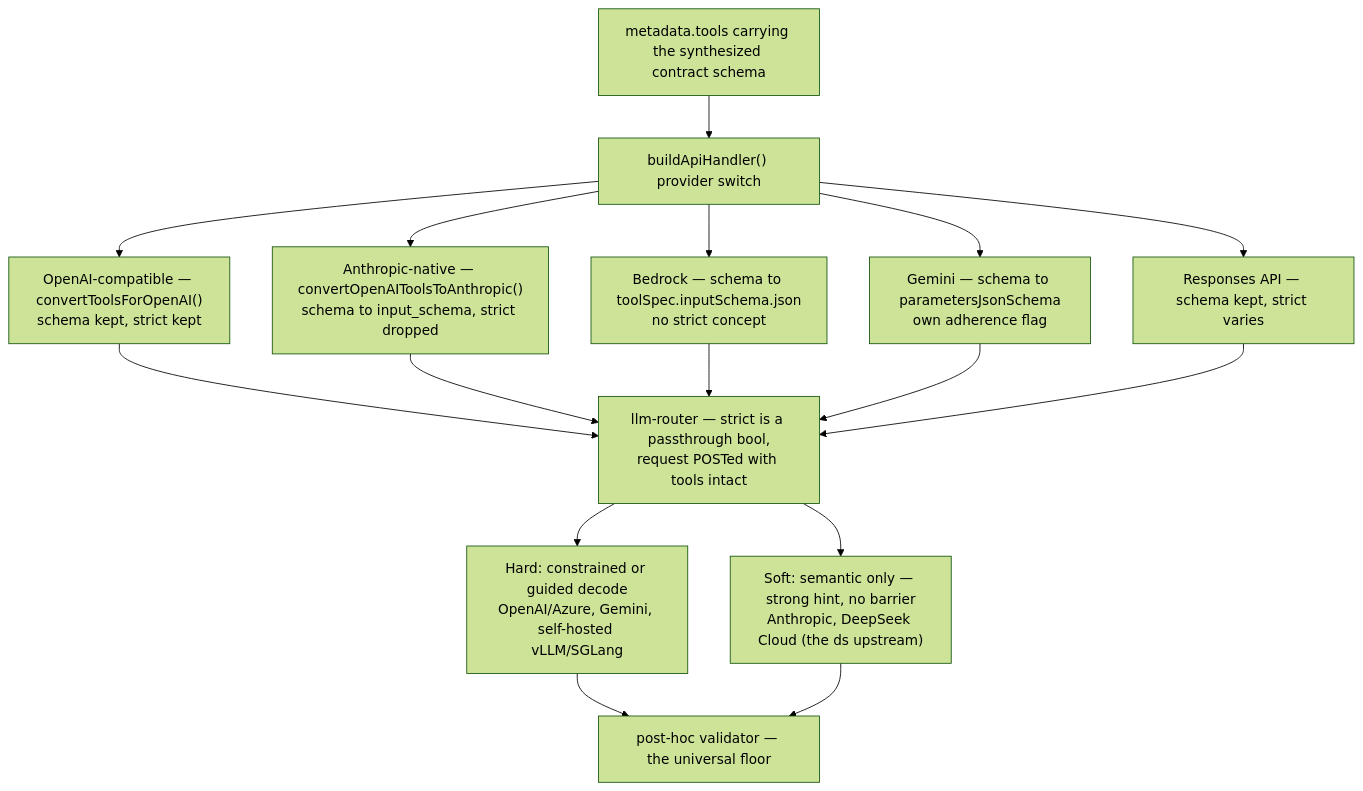
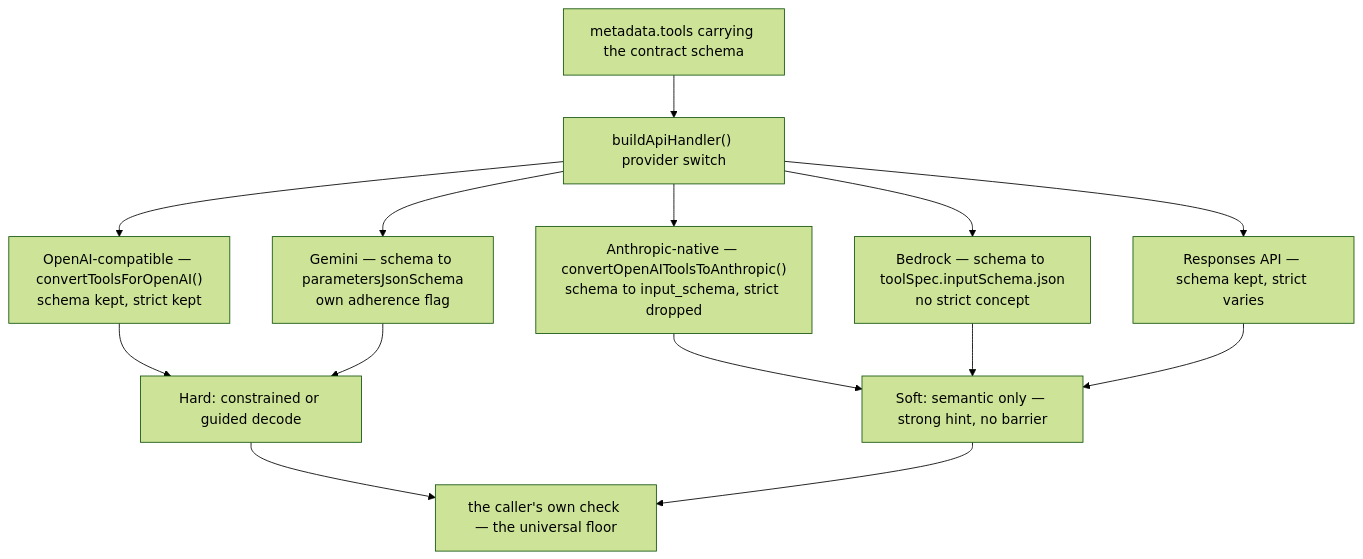
One commit to shofer-dev/shofer changed the second of 2 diagrams in docs/output_contract_enforcement.md. Above: the diagram before and after it, drawn with Mermaid (forest theme). The commit also changed other lines of this file and 185 other files, not shown here.

````diff
--- a/docs/output_contract_enforcement.md
+++ b/docs/output_contract_enforcement.md
@@ -313,28 +108,29 @@
 ```mermaid
 flowchart TD
-    T["metadata.tools carrying the synthesized contract schema"]
+    T["metadata.tools carrying the contract schema"]
     BH["buildApiHandler() provider switch"]
 
     O["OpenAI-compatible — convertToolsForOpenAI()<br/>schema kept, strict kept"]
     AN["Anthropic-native — convertOpenAIToolsToAnthropic()<br/>schema to input_schema, strict dropped"]
     BR["Bedrock — schema to toolSpec.inputSchema.json<br/>no strict concept"]
     GE["Gemini — schema to parametersJsonSchema<br/>own adherence flag"]
     RE["Responses API — schema kept, strict varies"]
 
-    R["llm-router — strict is a passthrough bool,<br/>request POSTed with tools intact"]
-
-    HARD["Hard: constrained or guided decode<br/>OpenAI/Azure, Gemini, self-hosted vLLM/SGLang"]
-    SOFT["Soft: semantic only — strong hint, no barrier<br/>Anthropic, DeepSeek Cloud (the ds upstream)"]
-    V["post-hoc validator — the universal floor"]
+    HARD["Hard: constrained or guided decode"]
+    SOFT["Soft: semantic only — strong hint, no barrier"]
+    V["the caller's own check — the universal floor"]
 
     T --> BH
-    BH --> O --> R
-    BH --> AN --> R
-    BH --> BR --> R
-    BH --> GE --> R
-    BH --> RE --> R
-    R --> HARD
-    R --> SOFT
+    BH --> O
+    BH --> AN
+    BH --> BR
+    BH --> GE
+    BH --> RE
+    O --> HARD
+    GE --> HARD
+    AN --> SOFT
+    BR --> SOFT
+    RE --> SOFT
     HARD --> V
     SOFT --> V
 ```
````
